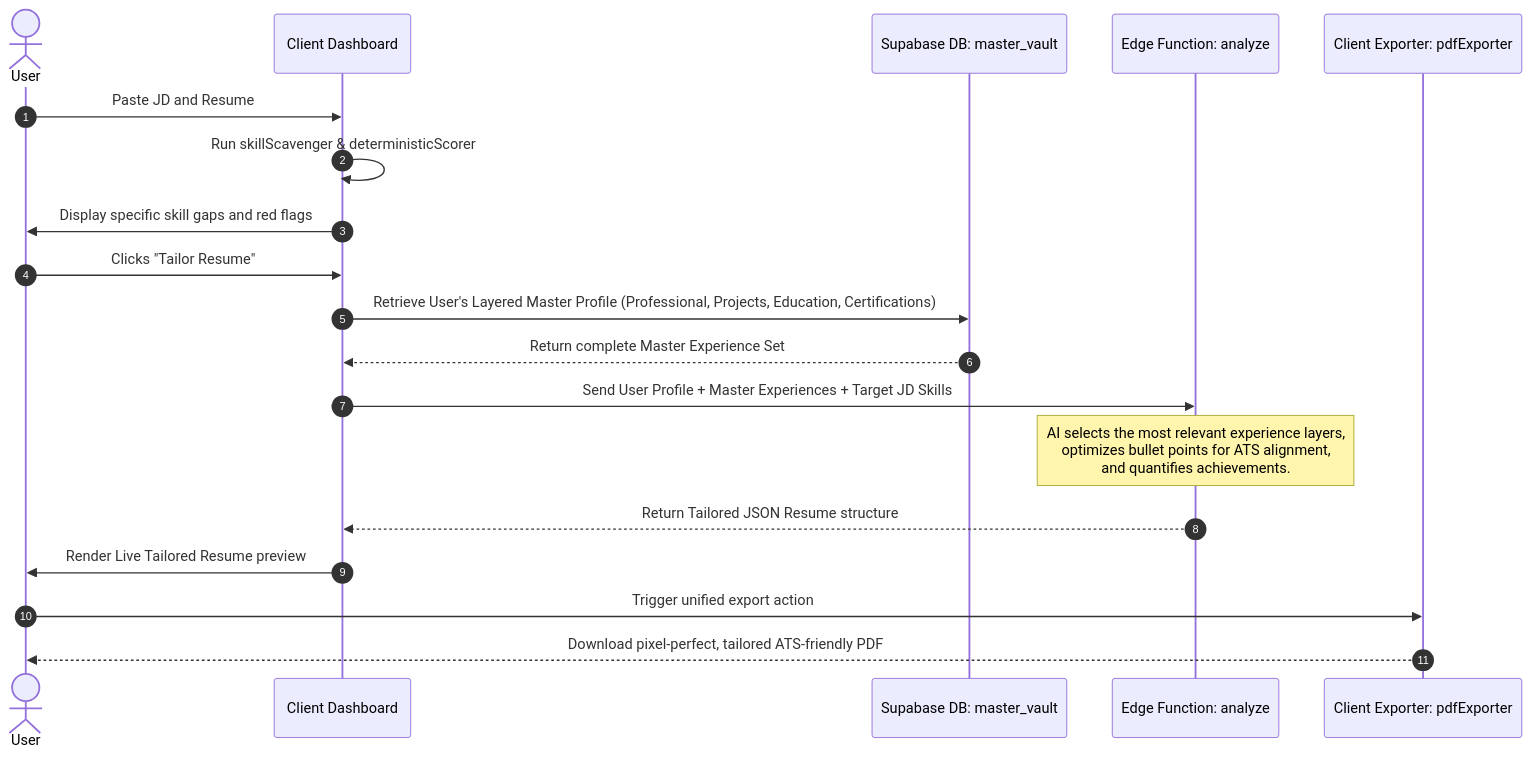
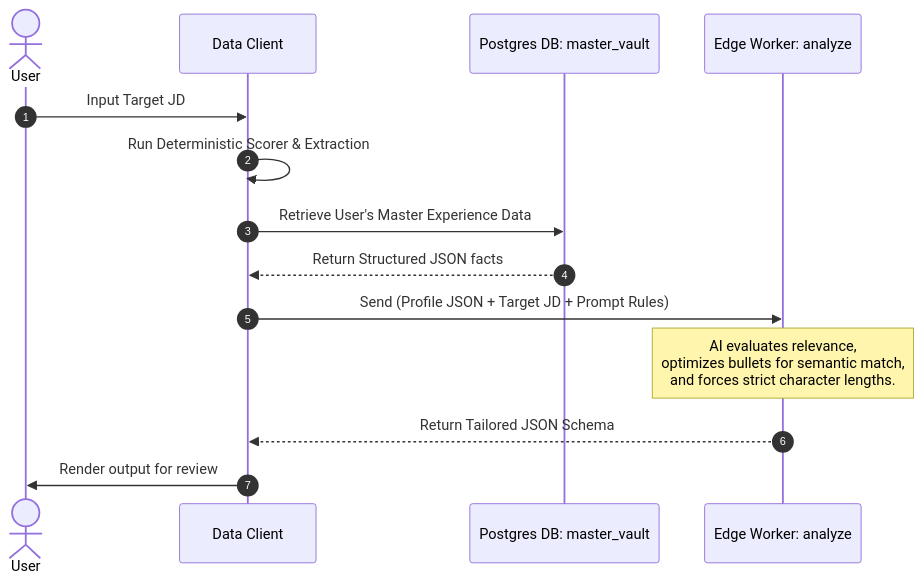
One commit to Amruth011/lumina-project-220 changed the second of 2 diagrams in ARCHITECTURE.md. Above: the diagram before and after it, drawn with Mermaid. The commit also changed other lines of this file, not shown here.

Commit message:
docs: Refactor ARCHITECTURE.md to focus on AI/ML pipeline engineering

````diff
--- a/ARCHITECTURE.md
+++ b/ARCHITECTURE.md
@@ -178,22 +46,17 @@
 ```mermaid
 sequenceDiagram
     autonumber
     actor User
-    participant App as Client Dashboard
-    participant Vault as Supabase DB: master_vault
-    participant AI as Edge Function: analyze
-    participant Exporter as Client Exporter: pdfExporter
-
-    User->>App: Paste JD and Resume
-    App->>App: Run skillScavenger & deterministicScorer
-    App->>User: Display specific skill gaps and red flags
-    User->>App: Clicks "Tailor Resume"
-    App->>Vault: Retrieve User's Layered Master Profile (Professional, Projects, Education, Certifications)
-    Vault-->>App: Return complete Master Experience Set
-    App->>AI: Send User Profile + Master Experiences + Target JD Skills
-    Note over AI: AI selects the most relevant experience layers,<br/>optimizes bullet points for ATS alignment,<br/>and quantifies achievements.
-    AI-->>App: Return Tailored JSON Resume structure
-    App->>User: Render Live Tailored Resume preview
-    User->>Exporter: Trigger unified export action
-    Exporter-->>User: Download pixel-perfect, tailored ATS-friendly PDF
+    participant App as Data Client
+    participant Vault as Postgres DB: master_vault
+    participant AI as Edge Worker: analyze
+    
+    User->>App: Input Target JD
+    App->>App: Run Deterministic Scorer & Extraction
+    App->>Vault: Retrieve User's Master Experience Data
+    Vault-->>App: Return Structured JSON facts
+    App->>AI: Send (Profile JSON + Target JD + Prompt Rules)
+    Note over AI: AI evaluates relevance,<br/>optimizes bullets for semantic match,<br/>and forces strict character lengths.
+    AI-->>App: Return Tailored JSON Schema
+    App->>User: Render output for review
 ```
````
